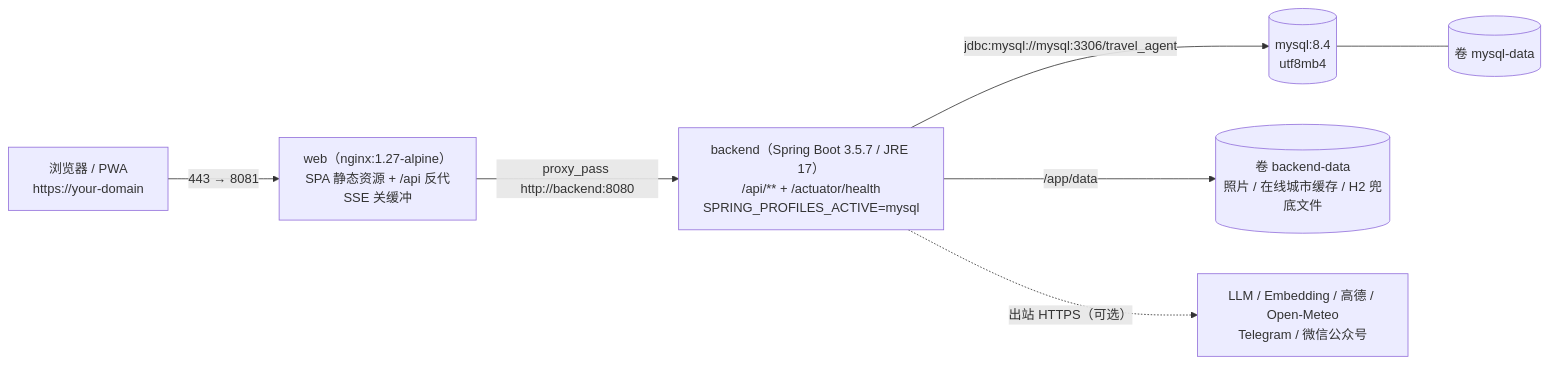
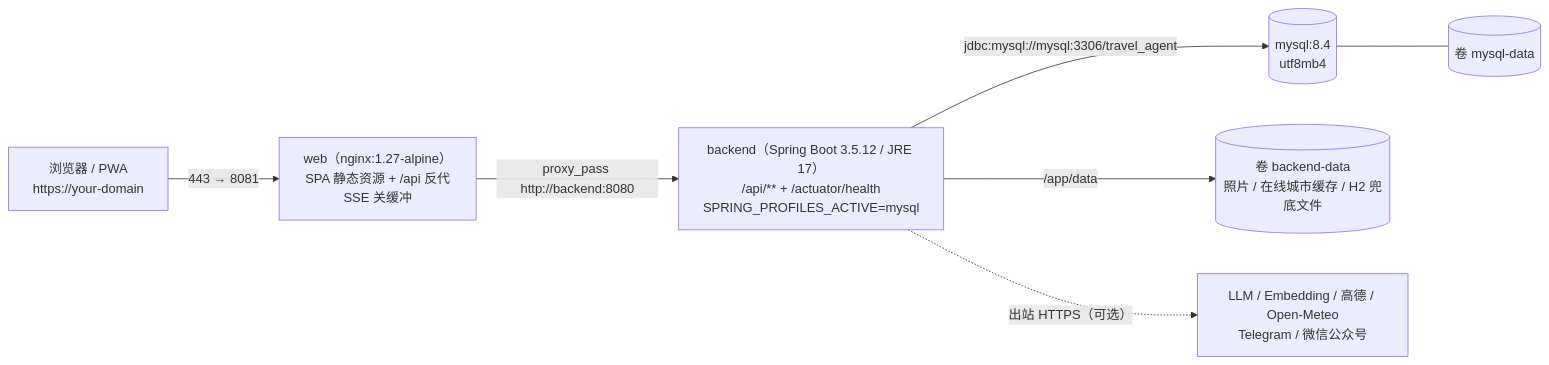
Before and after one commit to Lukas-Ga06/-: the first of 2 diagrams in docs/guide/deployment.md, drawn with Mermaid. The commit also changed other lines of this file and 22 other files, not shown here.

First line of the commit message:
fix(security): Spring Boot 3.5.7 → 3.5.12（两个 HIGH 认证绕过 CVE）

````diff
--- a/docs/guide/deployment.md
+++ b/docs/guide/deployment.md
@@ -32,9 +32,9 @@
 ```mermaid
 graph LR
     U["浏览器 / PWA<br/>https://your-domain"] -->|"443 → 8081"| N["web（nginx:1.27-alpine）<br/>SPA 静态资源 + /api 反代<br/>SSE 关缓冲"]
-    N -->|"proxy_pass http://backend:8080"| B["backend（Spring Boot 3.5.7 / JRE 17）<br/>/api/** + /actuator/health<br/>SPRING_PROFILES_ACTIVE=mysql"]
+    N -->|"proxy_pass http://backend:8080"| B["backend（Spring Boot 3.5.12 / JRE 17）<br/>/api/** + /actuator/health<br/>SPRING_PROFILES_ACTIVE=mysql"]
     B -->|"jdbc:mysql://mysql:3306/travel_agent"| M[("mysql:8.4<br/>utf8mb4")]
     B -->|"/app/data"| V[("卷 backend-data<br/>照片 / 在线城市缓存 / H2 兜底文件")]
     M --- MV[("卷 mysql-data")]
     B -.->|"出站 HTTPS（可选）"| X["LLM / Embedding / 高德 / Open-Meteo<br/>Telegram / 微信公众号"]
 ```
````
